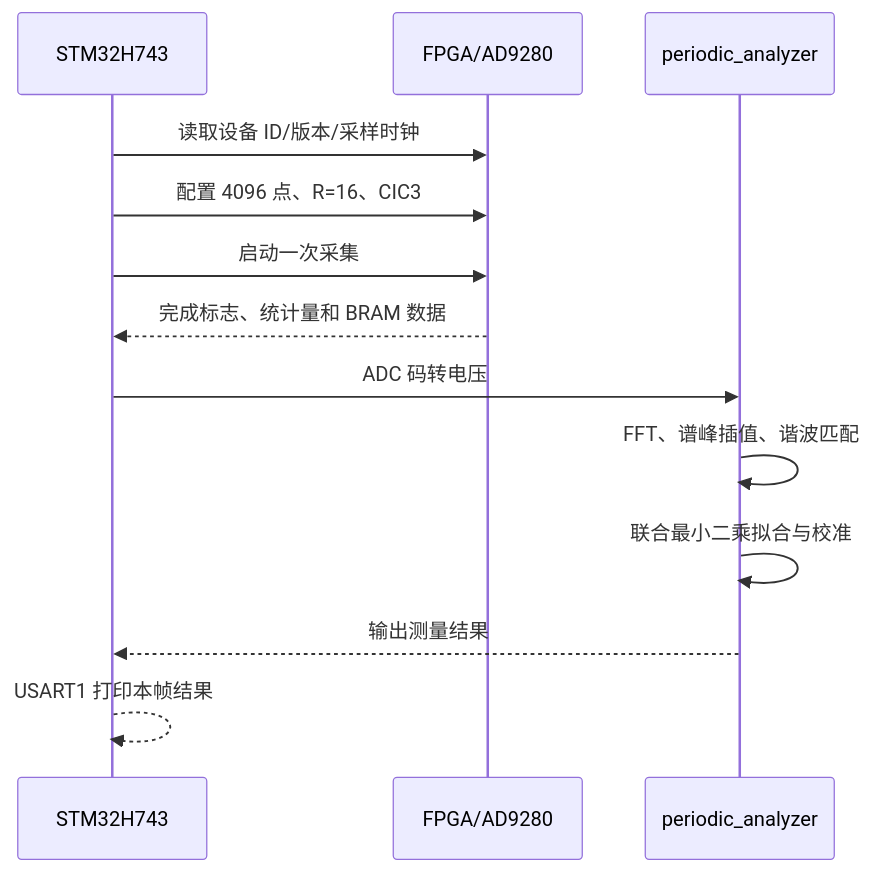
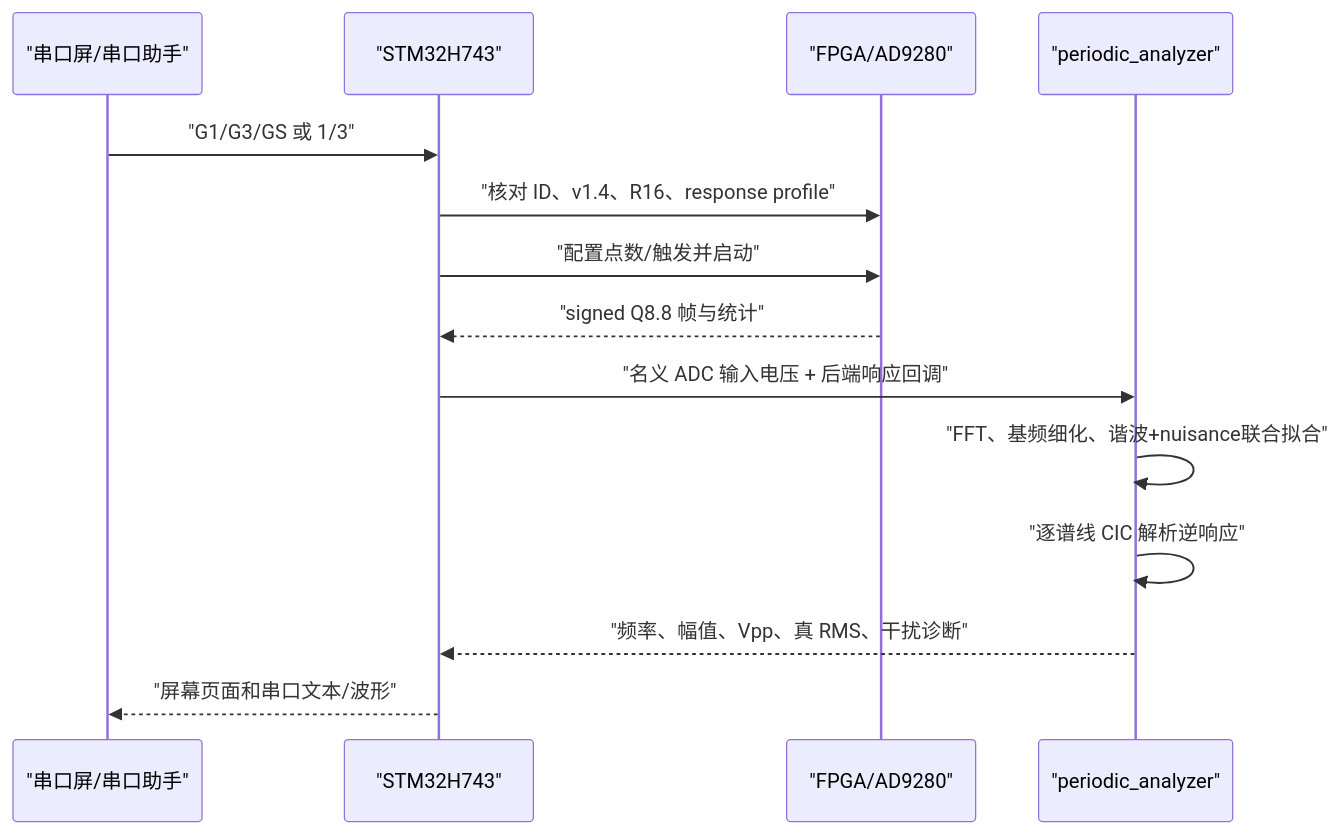
Before and after one commit to ryule5158/NUEDC_2026: the second of 2 diagrams in G题设计报告模块.md, drawn with Mermaid. The commit also changed other lines of this file and 76 other files, not shown here.

````diff
--- a/G题设计报告模块.md
+++ b/G题设计报告模块.md
@@ -158,15 +210,16 @@
 ```mermaid
 sequenceDiagram
-    participant M as STM32H743
-    participant F as FPGA/AD9280
-    participant A as periodic_analyzer
-    M->>F: 读取设备 ID/版本/采样时钟
-    M->>F: 配置 4096 点、R=16、CIC3
-    M->>F: 启动一次采集
-    F-->>M: 完成标志、统计量和 BRAM 数据
-    M->>A: ADC 码转电压
-    A->>A: FFT、谱峰插值、谐波匹配
-    A->>A: 联合最小二乘拟合与校准
-    A-->>M: 输出测量结果
-    M-->>M: USART1 打印本帧结果
+    participant U as "串口屏/串口助手"
+    participant M as "STM32H743"
+    participant F as "FPGA/AD9280"
+    participant A as "periodic_analyzer"
+    U->>M: "G1/G3/GS 或 1/3"
+    M->>F: "核对 ID、v1.4、R16、response profile"
+    M->>F: "配置点数/触发并启动"
+    F-->>M: "signed Q8.8 帧与统计"
+    M->>A: "名义 ADC 输入电压 + 后端响应回调"
+    A->>A: "FFT、基频细化、谐波+nuisance联合拟合"
+    A->>A: "逐谱线 CIC 解析逆响应"
+    A-->>M: "频率、幅值、Vpp、真 RMS、干扰诊断"
+    M-->>U: "屏幕页面和串口文本/波形"
 ```
````
